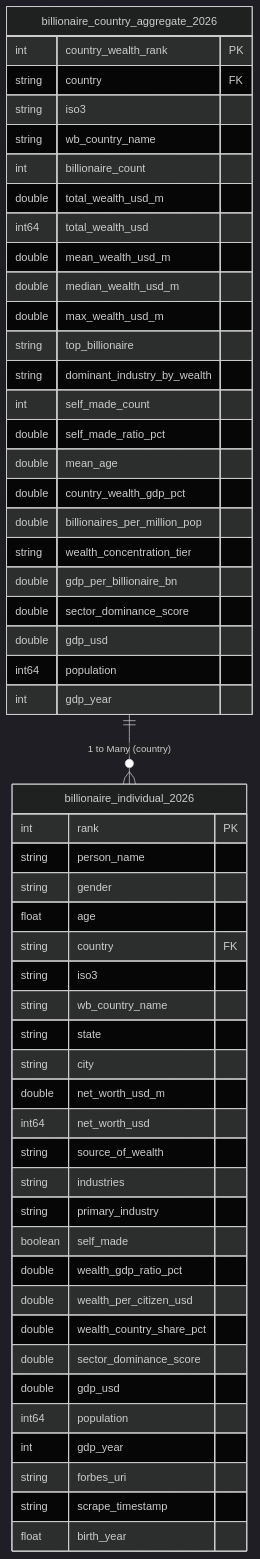
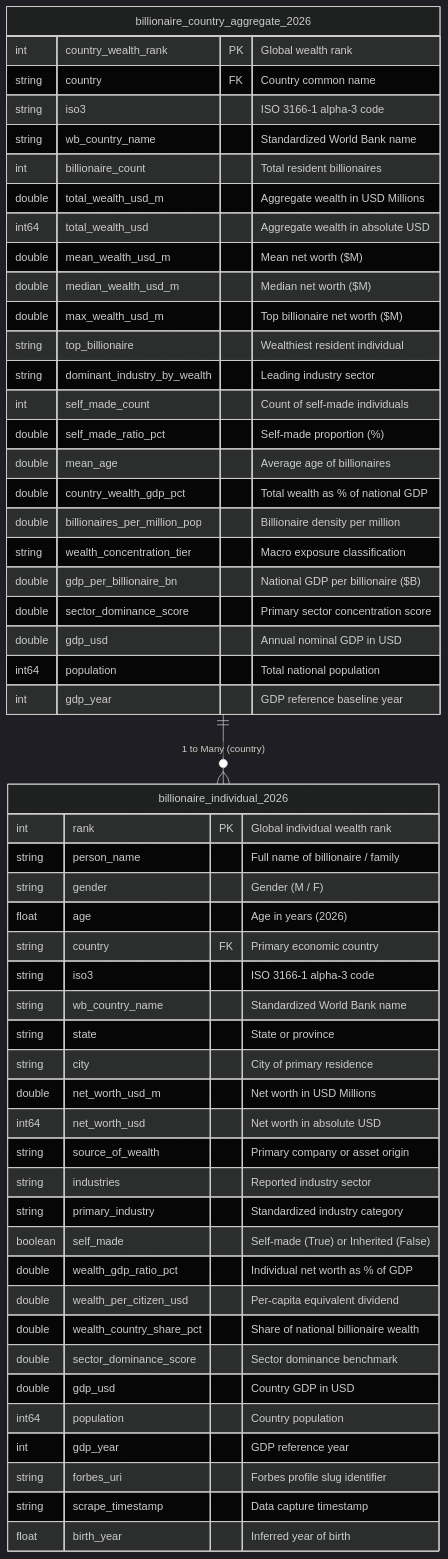
Before and after one commit to Sohila-Khaled-Abbas/Global-Billionaire-Wealth-2026: the second of 4 diagrams in README.md, drawn with Mermaid (dark theme). The commit also changed other lines of this file and 3 other files, not shown here.

````diff
--- a/README.md
+++ b/README.md
@@ -150,58 +147,58 @@
 ```mermaid
 erDiagram
     billionaire_country_aggregate_2026 ||--o{ billionaire_individual_2026 : "1 to Many (country)"
 
     billionaire_country_aggregate_2026 {
-        int country_wealth_rank PK
-        string country FK
-        string iso3
-        string wb_country_name
-        int billionaire_count
-        double total_wealth_usd_m
-        int64 total_wealth_usd
-        double mean_wealth_usd_m
-        double median_wealth_usd_m
-        double max_wealth_usd_m
-        string top_billionaire
-        string dominant_industry_by_wealth
-        int self_made_count
-        double self_made_ratio_pct
-        double mean_age
-        double country_wealth_gdp_pct
-        double billionaires_per_million_pop
-        string wealth_concentration_tier
-        double gdp_per_billionaire_bn
-        double sector_dominance_score
-        double gdp_usd
-        int64 population
-        int gdp_year
+        int country_wealth_rank PK "Global wealth rank"
+        string country FK "Country common name"
+        string iso3 "ISO 3166-1 alpha-3 code"
+        string wb_country_name "Standardized World Bank name"
+        int billionaire_count "Total resident billionaires"
+        double total_wealth_usd_m "Aggregate wealth in USD Millions"
+        int64 total_wealth_usd "Aggregate wealth in absolute USD"
+        double mean_wealth_usd_m "Mean net worth ($M)"
+        double median_wealth_usd_m "Median net worth ($M)"
+        double max_wealth_usd_m "Top billionaire net worth ($M)"
+        string top_billionaire "Wealthiest resident individual"
+        string dominant_industry_by_wealth "Leading industry sector"
+        int self_made_count "Count of self-made individuals"
+        double self_made_ratio_pct "Self-made proportion (%)"
+        double mean_age "Average age of billionaires"
+        double country_wealth_gdp_pct "Total wealth as % of national GDP"
+        double billionaires_per_million_pop "Billionaire density per million"
+        string wealth_concentration_tier "Macro exposure classification"
+        double gdp_per_billionaire_bn "National GDP per billionaire ($B)"
+        double sector_dominance_score "Primary sector concentration score"
+        double gdp_usd "Annual nominal GDP in USD"
+        int64 population "Total national population"
+        int gdp_year "GDP reference baseline year"
     }
 
     billionaire_individual_2026 {
-        int rank PK
-        string person_name
-        string gender
-        float age
-        string country FK
-        string iso3
-        string wb_country_name
-        string state
-        string city
-        double net_worth_usd_m
-        int64 net_worth_usd
-        string source_of_wealth
-        string industries
-        string primary_industry
-        boolean self_made
-        double wealth_gdp_ratio_pct
-        double wealth_per_citizen_usd
-        double wealth_country_share_pct
-        double sector_dominance_score
-        double gdp_usd
-        int64 population
-        int gdp_year
-        string forbes_uri
-        string scrape_timestamp
-        float birth_year
+        int rank PK "Global individual wealth rank"
+        string person_name "Full name of billionaire / family"
+        string gender "Gender (M / F)"
+        float age "Age in years (2026)"
+        string country FK "Primary economic country"
+        string iso3 "ISO 3166-1 alpha-3 code"
+        string wb_country_name "Standardized World Bank name"
+        string state "State or province"
+        string city "City of primary residence"
+        double net_worth_usd_m "Net worth in USD Millions"
+        int64 net_worth_usd "Net worth in absolute USD"
+        string source_of_wealth "Primary company or asset origin"
+        string industries "Reported industry sector"
+        string primary_industry "Standardized industry category"
+        boolean self_made "Self-made (True) or Inherited (False)"
+        double wealth_gdp_ratio_pct "Individual net worth as % of GDP"
+        double wealth_per_citizen_usd "Per-capita equivalent dividend"
+        double wealth_country_share_pct "Share of national billionaire wealth"
+        double sector_dominance_score "Sector dominance benchmark"
+        double gdp_usd "Country GDP in USD"
+        int64 population "Country population"
+        int gdp_year "GDP reference year"
+        string forbes_uri "Forbes profile slug identifier"
+        string scrape_timestamp "Data capture timestamp"
+        float birth_year "Inferred year of birth"
     }
 ```
````
